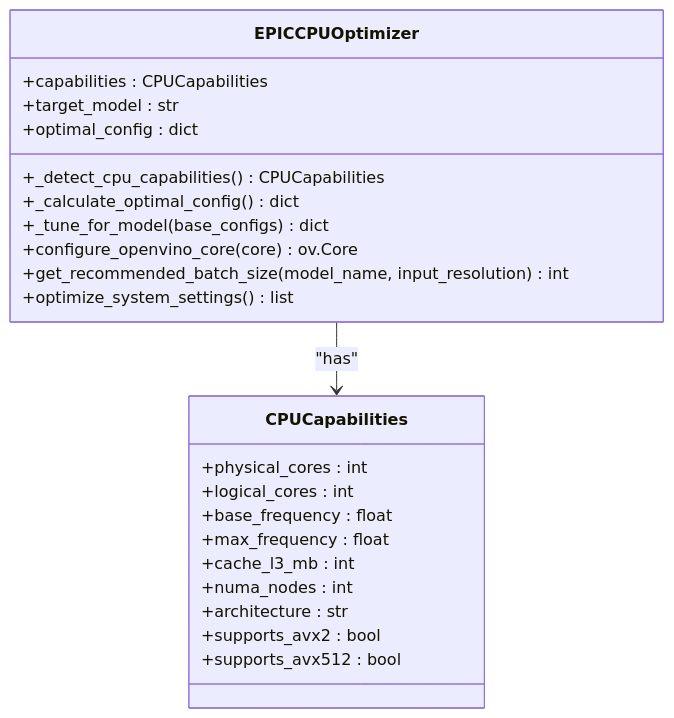
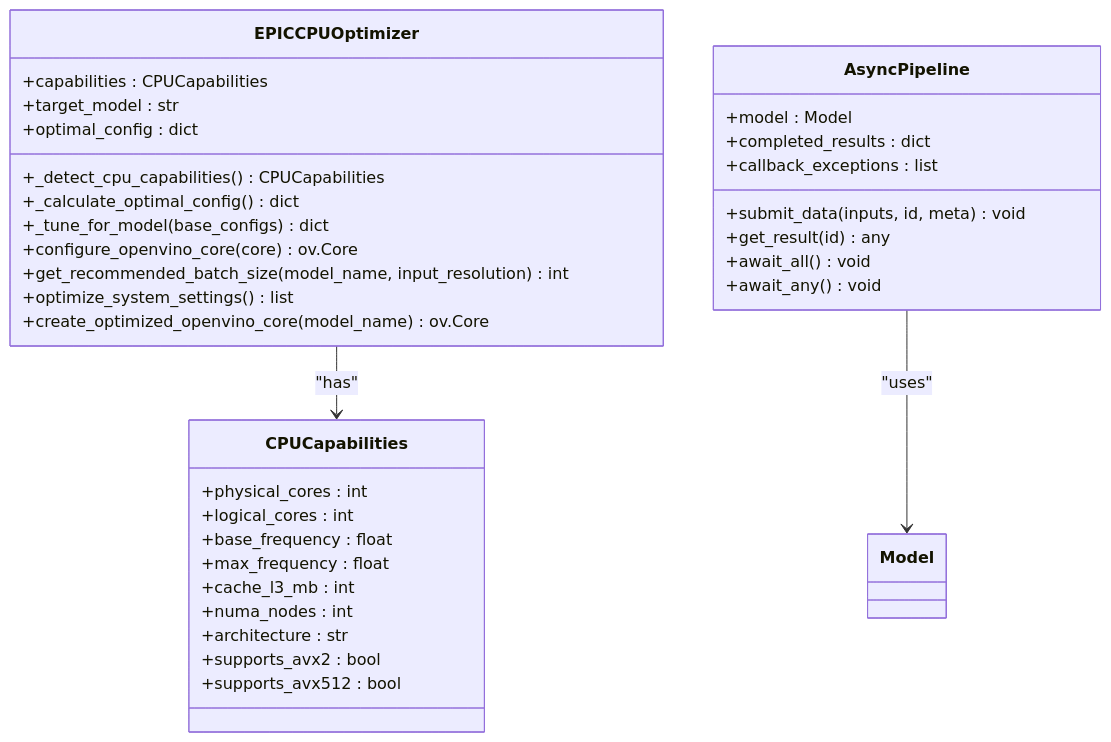
One commit to Fogus-Gr/MeasurementsDTs changed the fourth of 10 diagrams in .qoder/repowiki/en/content/Performance Optimization/Model Optimization.md. Above: the diagram before and after it, drawn with Mermaid. The commit also changed other lines of this file and 14 other files, not shown here.

````diff
--- a/.qoder/repowiki/en/content/Performance Optimization/Model Optimization.md
+++ b/.qoder/repowiki/en/content/Performance Optimization/Model Optimization.md
@@ -178,26 +240,37 @@
 ```mermaid
 classDiagram
 class EPICCPUOptimizer {
 +capabilities : CPUCapabilities
 +target_model : str
 +optimal_config : dict
 +_detect_cpu_capabilities() CPUCapabilities
 +_calculate_optimal_config() dict
 +_tune_for_model(base_configs) dict
 +configure_openvino_core(core) ov.Core
 +get_recommended_batch_size(model_name, input_resolution) int
 +optimize_system_settings() list
++create_optimized_openvino_core(model_name) ov.Core
 }
 class CPUCapabilities {
 +physical_cores : int
 +logical_cores : int
 +base_frequency : float
 +max_frequency : float
 +cache_l3_mb : int
 +numa_nodes : int
 +architecture : str
 +supports_avx2 : bool
 +supports_avx512 : bool
 }
+class AsyncPipeline {
++model : Model
++completed_results : dict
++callback_exceptions : list
++submit_data(inputs, id, meta) void
++get_result(id) any
++await_all() void
++await_any() void
+}
 EPICCPUOptimizer --> CPUCapabilities : "has"
+AsyncPipeline --> Model : "uses"
 ```
````
